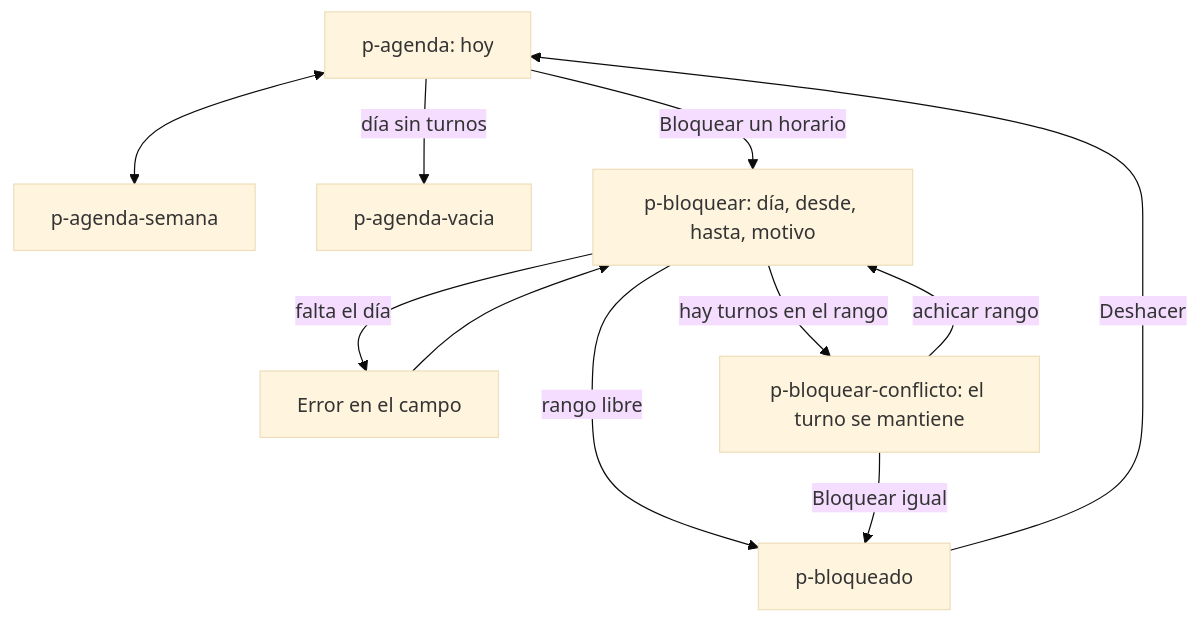
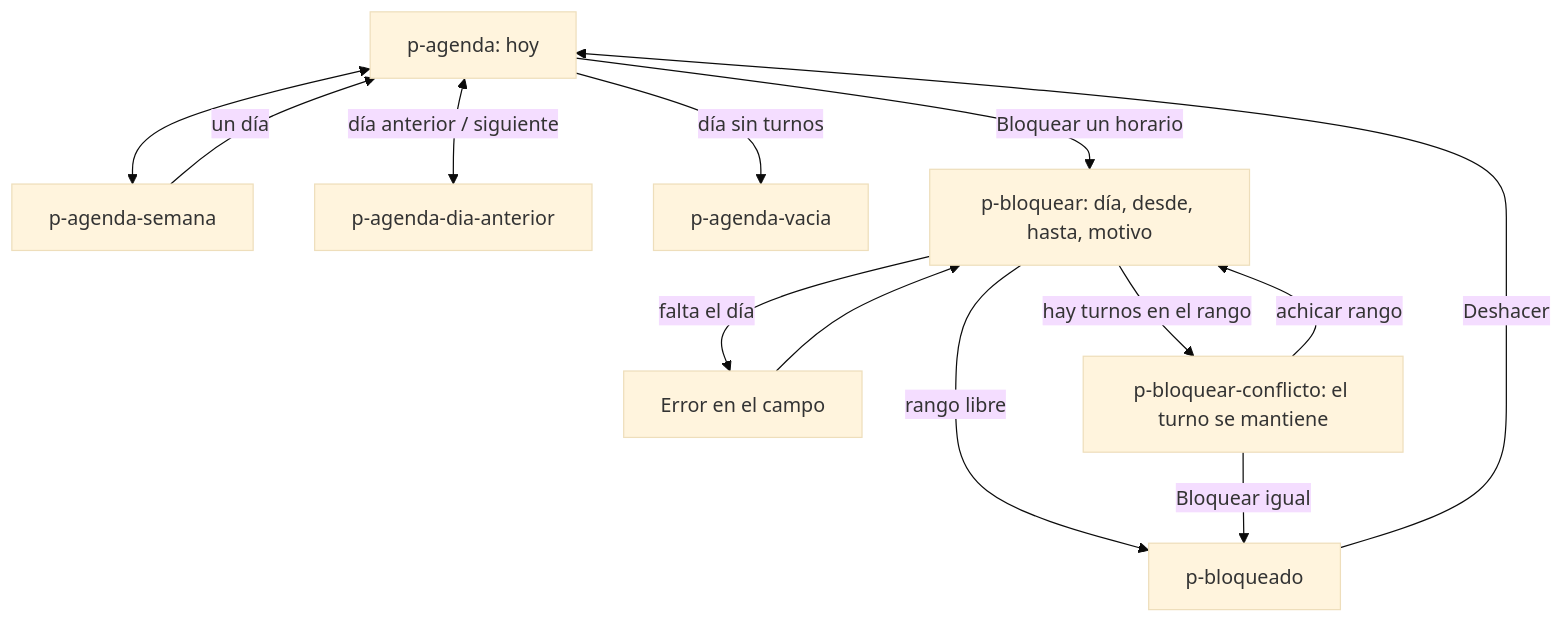
One commit to gm2dev/coop-agents-design changed the sixth of 8 diagrams in initiatives/spa-reservas-mvp/flows.md. Above: the diagram before and after it, drawn with Mermaid (base theme). The commit also changed other lines of this file and 44 other files, not shown here.

````diff
--- a/initiatives/spa-reservas-mvp/flows.md
+++ b/initiatives/spa-reservas-mvp/flows.md
@@ -83,12 +86,14 @@
 ```mermaid
 flowchart TD
   A[p-agenda: hoy] <--> W[p-agenda-semana]
+  A <-->|día anterior / siguiente| Y[p-agenda-dia-anterior]
+  W -->|un día| A
   A -->|día sin turnos| V[p-agenda-vacia]
   A -->|Bloquear un horario| B[p-bloquear: día, desde, hasta, motivo]
   B -->|falta el día| B1[Error en el campo] --> B
   B -->|hay turnos en el rango| C[p-bloquear-conflicto: el turno se mantiene]
   B -->|rango libre| OK[p-bloqueado]
   C -->|Bloquear igual| OK
   C -->|achicar rango| B
   OK -->|Deshacer| A
 ```
````
